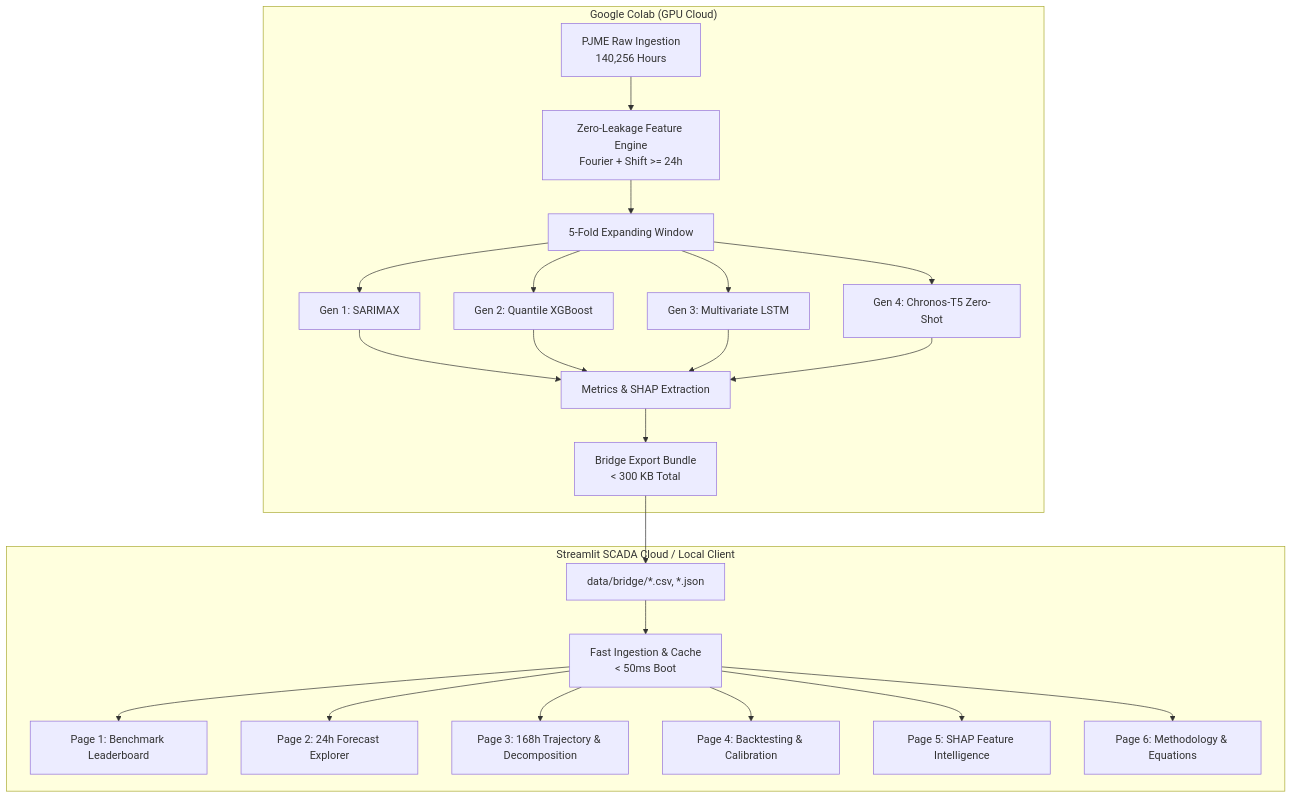
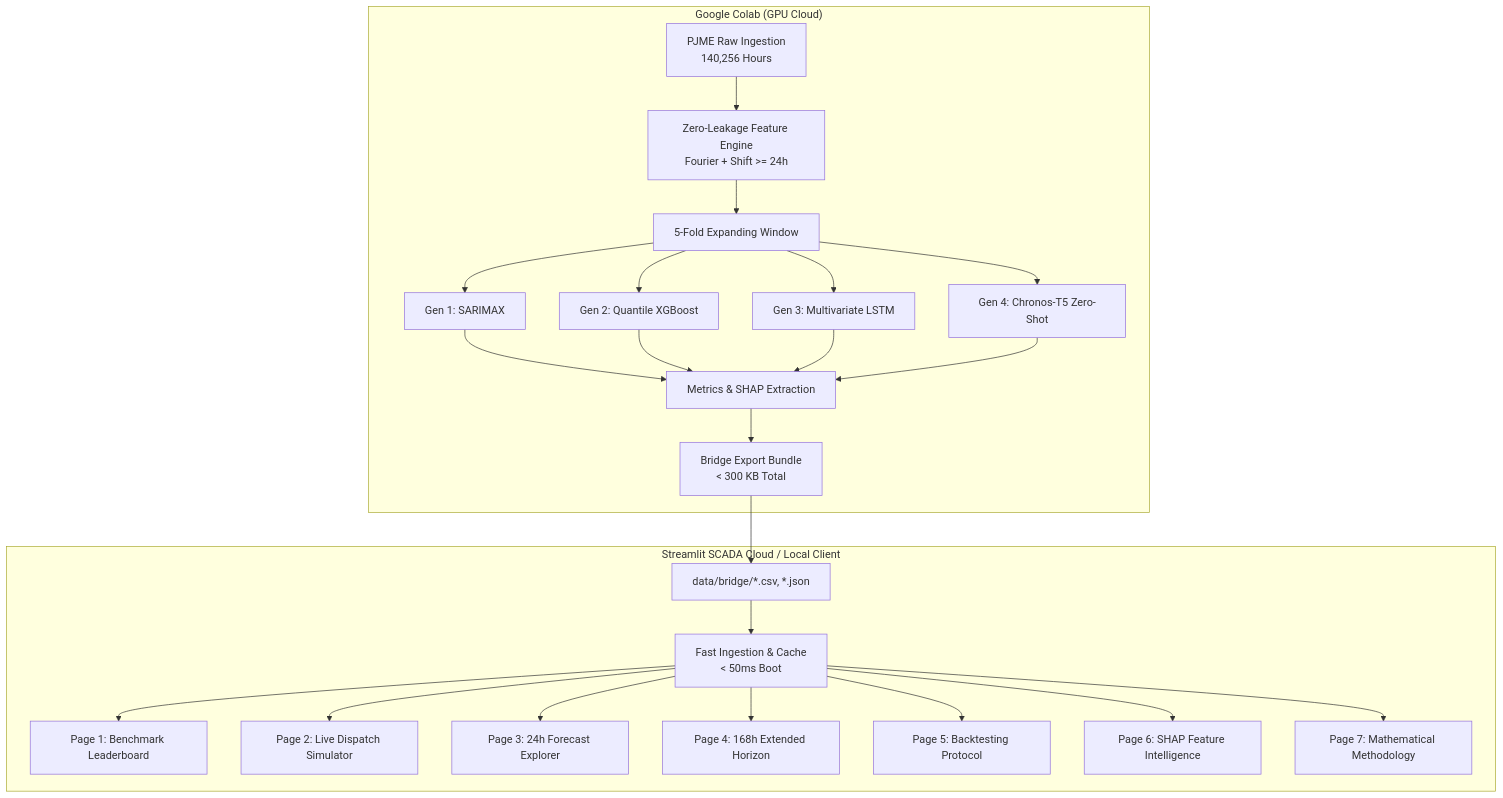
One commit to mshaiel/energy-demand-forecasting changed the diagram in README.md. Above: the diagram before and after it, drawn with Mermaid. The commit also changed other lines of this file, not shown here.

Commit message:
docs: finalize README with exact username, live URL, and clean LaTeX math

````diff
--- a/README.md
+++ b/README.md
@@ -59,24 +59,25 @@
 ```mermaid
 flowchart TD
     subgraph Heavy_Compute ["Google Colab (GPU Cloud)"]
         A[PJME Raw Ingestion\n140,256 Hours] --> B[Zero-Leakage Feature Engine\nFourier + Shift >= 24h]
         B --> C[5-Fold Expanding Window]
         C --> D1[Gen 1: SARIMAX]
         C --> D2[Gen 2: Quantile XGBoost]
         C --> D3[Gen 3: Multivariate LSTM]
         C --> D4[Gen 4: Chronos-T5 Zero-Shot]
         D1 & D2 & D3 & D4 --> E[Metrics & SHAP Extraction]
         E --> F[Bridge Export Bundle\n< 300 KB Total]
     end
 
     subgraph Presentation_Layer ["Streamlit SCADA Cloud / Local Client"]
         F --> G[data/bridge/*.csv, *.json]
         G --> H[Fast Ingestion & Cache\n< 50ms Boot]
         H --> I1[Page 1: Benchmark Leaderboard]
-        H --> I2[Page 2: 24h Forecast Explorer]
-        H --> I3[Page 3: 168h Trajectory & Decomposition]
-        H --> I4[Page 4: Backtesting & Calibration]
-        H --> I5[Page 5: SHAP Feature Intelligence]
-        H --> I6[Page 6: Methodology & Equations]
+        H --> I2[Page 2: Live Dispatch Simulator]
+        H --> I3[Page 3: 24h Forecast Explorer]
+        H --> I4[Page 4: 168h Extended Horizon]
+        H --> I5[Page 5: Backtesting Protocol]
+        H --> I6[Page 6: SHAP Feature Intelligence]
+        H --> I7[Page 7: Mathematical Methodology]
     end
 ```
````
